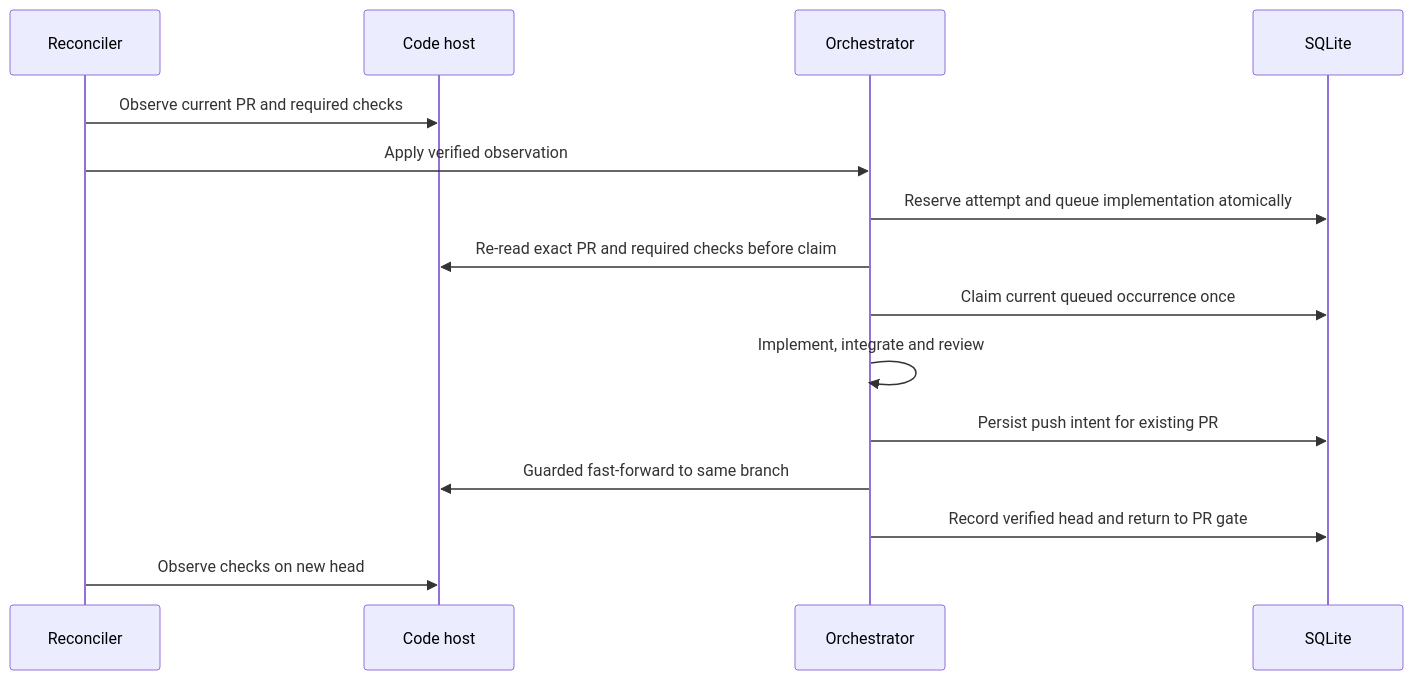
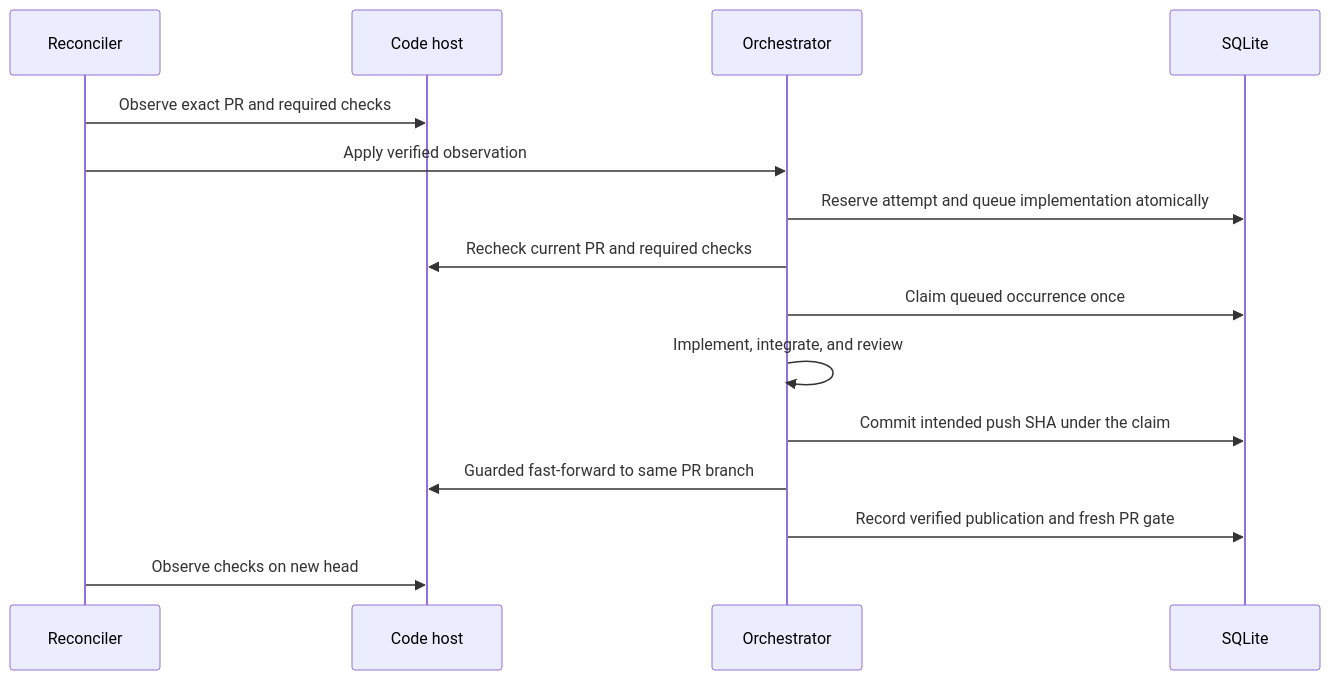
Before and after one commit to markdstafford/autocatalyst: the fifth of 5 diagrams in context-human/specs/feature-pr-integration-and-ci-repair.md, drawn with Mermaid. The commit also changed other lines of this file, not shown here.

````diff
--- a/context-human/specs/feature-pr-integration-and-ci-repair.md
+++ b/context-human/specs/feature-pr-integration-and-ci-repair.md
@@ -179,17 +170,17 @@
 ```mermaid
 sequenceDiagram
   participant T as Reconciler
   participant H as Code host
   participant O as Orchestrator
   participant D as SQLite
-  T->>H: Observe current PR and required checks
+  T->>H: Observe exact PR and required checks
   T->>O: Apply verified observation
   O->>D: Reserve attempt and queue implementation atomically
-  O->>H: Re-read exact PR and required checks before claim
-  O->>D: Claim current queued occurrence once
-  O->>O: Implement, integrate and review
-  O->>D: Persist push intent for existing PR
-  O->>H: Guarded fast-forward to same branch
-  O->>D: Record verified head and return to PR gate
+  O->>H: Recheck current PR and required checks
+  O->>D: Claim queued occurrence once
+  O->>O: Implement, integrate, and review
+  O->>D: Commit intended push SHA under the claim
+  O->>H: Guarded fast-forward to same PR branch
+  O->>D: Record verified publication and fresh PR gate
   T->>H: Observe checks on new head
 ```
````
